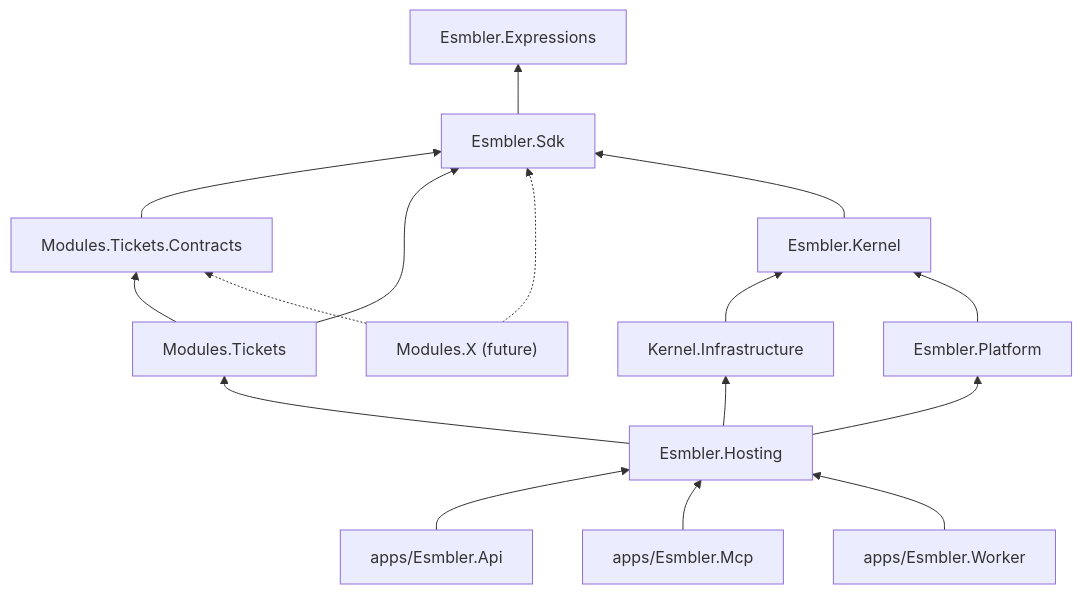
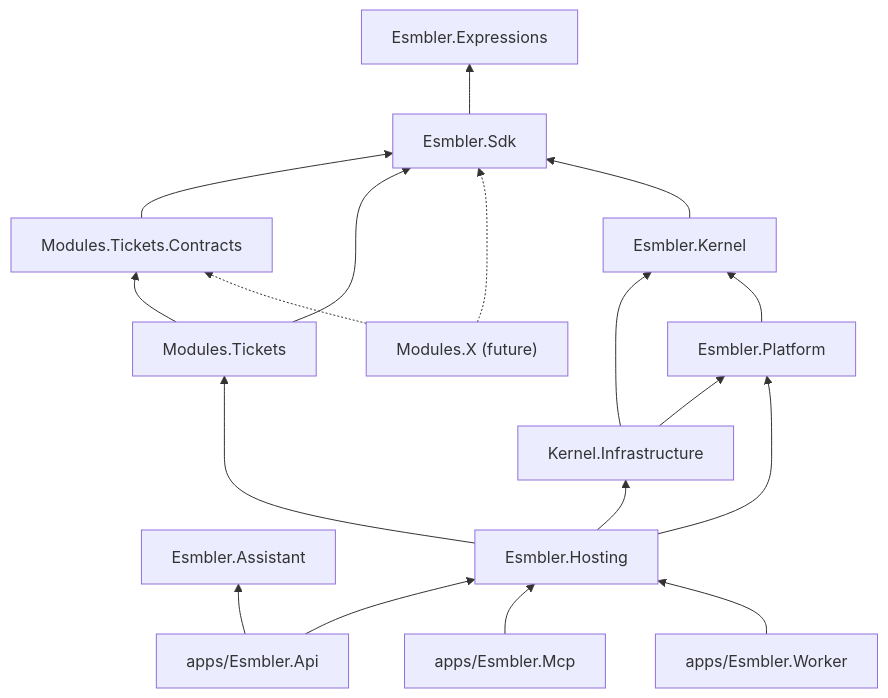
Before and after one commit to DeadEndGG/esmbler: the diagram in docs/adr/0012-repository-layout-and-module-boundaries.md, drawn with Mermaid. The commit also changed other lines of this file and 35 other files, not shown here.

````diff
--- a/docs/adr/0012-repository-layout-and-module-boundaries.md
+++ b/docs/adr/0012-repository-layout-and-module-boundaries.md
@@ -49,19 +50,22 @@
 ```mermaid
 flowchart BT
     EXPR[Esmbler.Expressions]
     SDK[Esmbler.Sdk] --> EXPR
     TC[Modules.Tickets.Contracts] --> SDK
     TM[Modules.Tickets] --> SDK
     TM --> TC
     OTHER["Modules.X (future)"] -.-> TC
     OTHER -.-> SDK
     K[Esmbler.Kernel] --> SDK
     INF[Kernel.Infrastructure] --> K
     PLAT[Esmbler.Platform] --> K
+    INF --> PLAT
+    ASSIST[Esmbler.Assistant]
     HOST[Esmbler.Hosting] --> INF
     HOST --> PLAT
     HOST --> TM
     API[apps/Esmbler.Api] --> HOST
+    API --> ASSIST
     MCP[apps/Esmbler.Mcp] --> HOST
     WRK[apps/Esmbler.Worker] --> HOST
 ```
````
